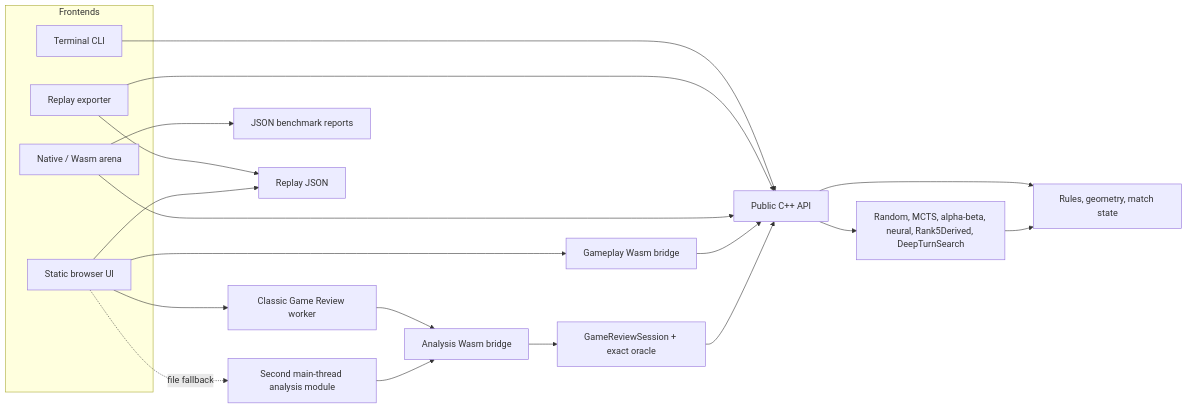
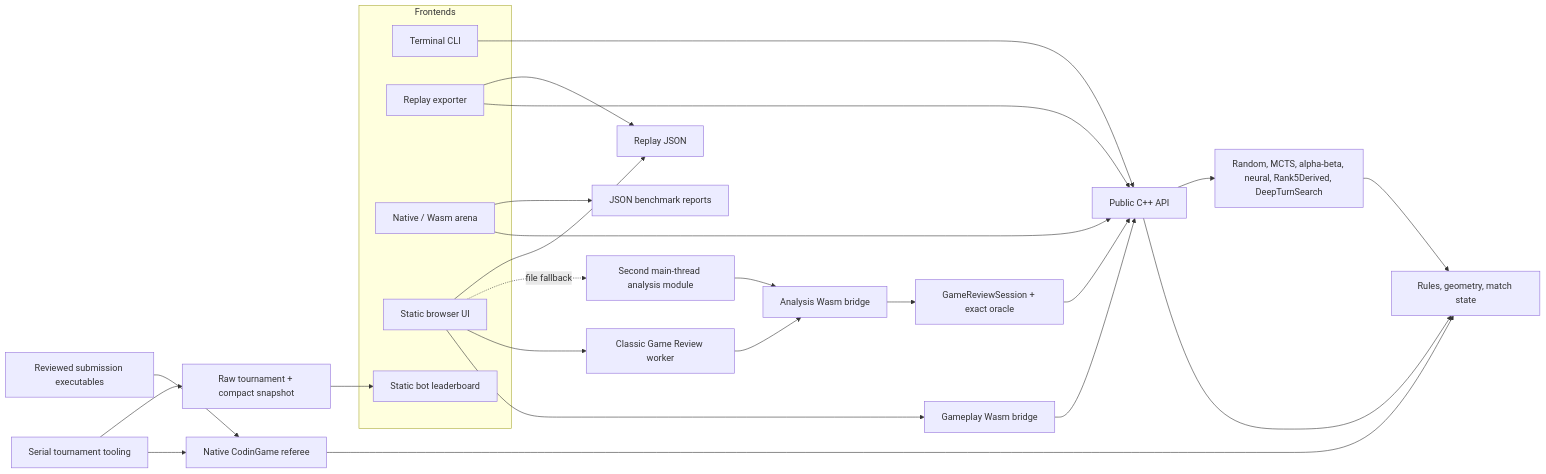
The diagram in docs/architecture.md (Lecorbio/paper-soccer-strategy-engine), drawn with Mermaid before and after one commit. The commit also changed other lines of this file and 31 other files, not shown here.

Commit message:
Add CodinGame bot leaderboard

````diff
--- a/docs/architecture.md
+++ b/docs/architecture.md
@@ -11,29 +11,36 @@
 ```mermaid
 flowchart LR
     subgraph Frontends
         CLI[Terminal CLI]
         Replay[Replay exporter]
         Arena[Native / Wasm arena]
         Browser[Static browser UI]
+        Leaderboard[Static bot leaderboard]
     end
+
+    Tournament[Serial tournament tooling] --> Referee[Native CodinGame referee]
+    Submissions[Reviewed submission executables] --> Referee
+    Referee --> Core
+    Tournament --> Frozen[Raw tournament + compact snapshot]
+    Frozen --> Leaderboard
 
     Browser --> LiveBridge[Gameplay Wasm bridge]
     Browser --> Worker[Classic Game Review worker]
     Browser -. file fallback .-> ReviewMain[Second main-thread analysis module]
     Worker --> ReviewBridge[Analysis Wasm bridge]
     ReviewMain --> ReviewBridge
     CLI --> API[Public C++ API]
     Replay --> API
     Arena --> API
     LiveBridge --> API
     ReviewBridge --> Review[GameReviewSession + exact oracle]
     Review --> API
 
     API --> Core[Rules, geometry, match state]
     API --> Bots[Random, MCTS, alpha-beta, neural, Rank5Derived, DeepTurnSearch]
     Bots --> Core
 
     Arena --> Reports[JSON benchmark reports]
     Replay --> Replays[Replay JSON]
     Browser --> Replays
 ```
````
